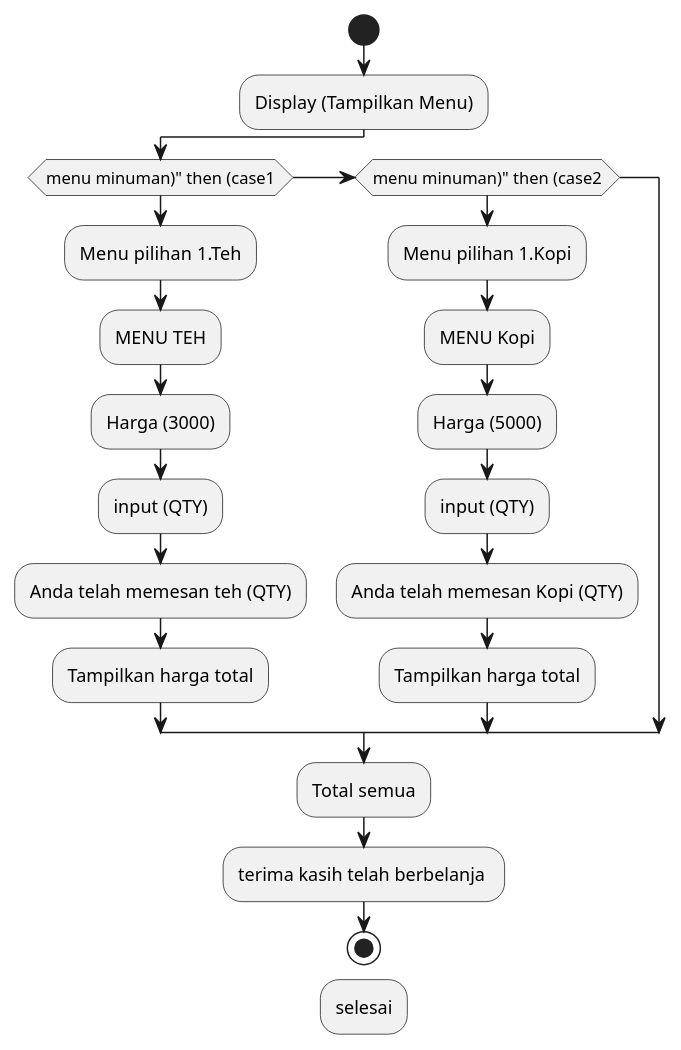
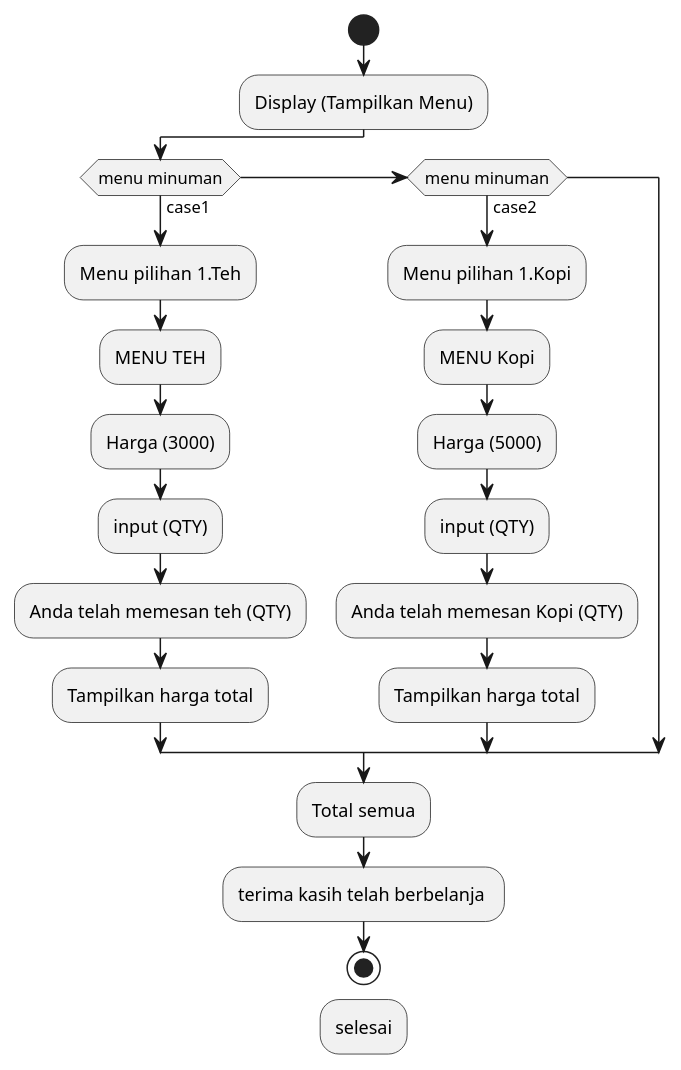
The diagram in pert6/Tugas.puml (dinosaurusjawa/Bahasa-Pemograman), drawn with PlantUML before and after one commit.

```diff
--- a/pert6/Tugas.puml
+++ b/pert6/Tugas.puml
@@ -1,31 +1,31 @@
 @startuml Tugas.cpp
 
 start
 :Display (Tampilkan Menu);
 
-if  (menu minuman)" then (case1)
+if  (menu minuman) then (case1)
 
     :Menu pilihan 1.Teh;
     :MENU TEH;
     :Harga (3000);
     :input (QTY);
     :Anda telah memesan teh (QTY);
     :Tampilkan harga total;
 
-elseif (menu minuman)" then (case2)
+elseif (menu minuman) then (case2)
 
     :Menu pilihan 1.Kopi;
     :MENU Kopi;
     :Harga (5000);
     :input (QTY);
     :Anda telah memesan Kopi (QTY);
     :Tampilkan harga total;
 
 endif
    :Total semua;
    :terima kasih telah berbelanja ;
 
 stop
 :selesai;
 
 @enduml
```
